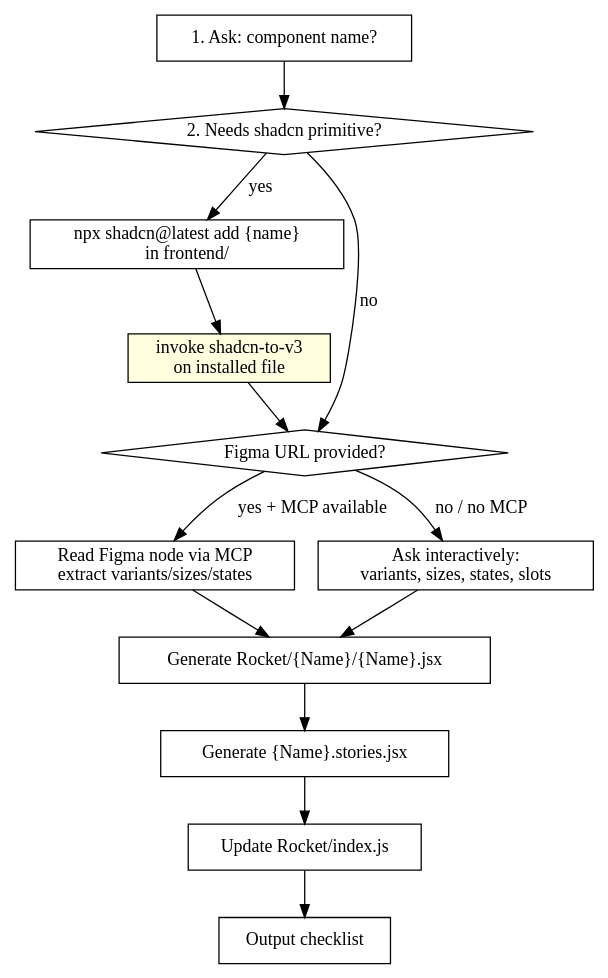
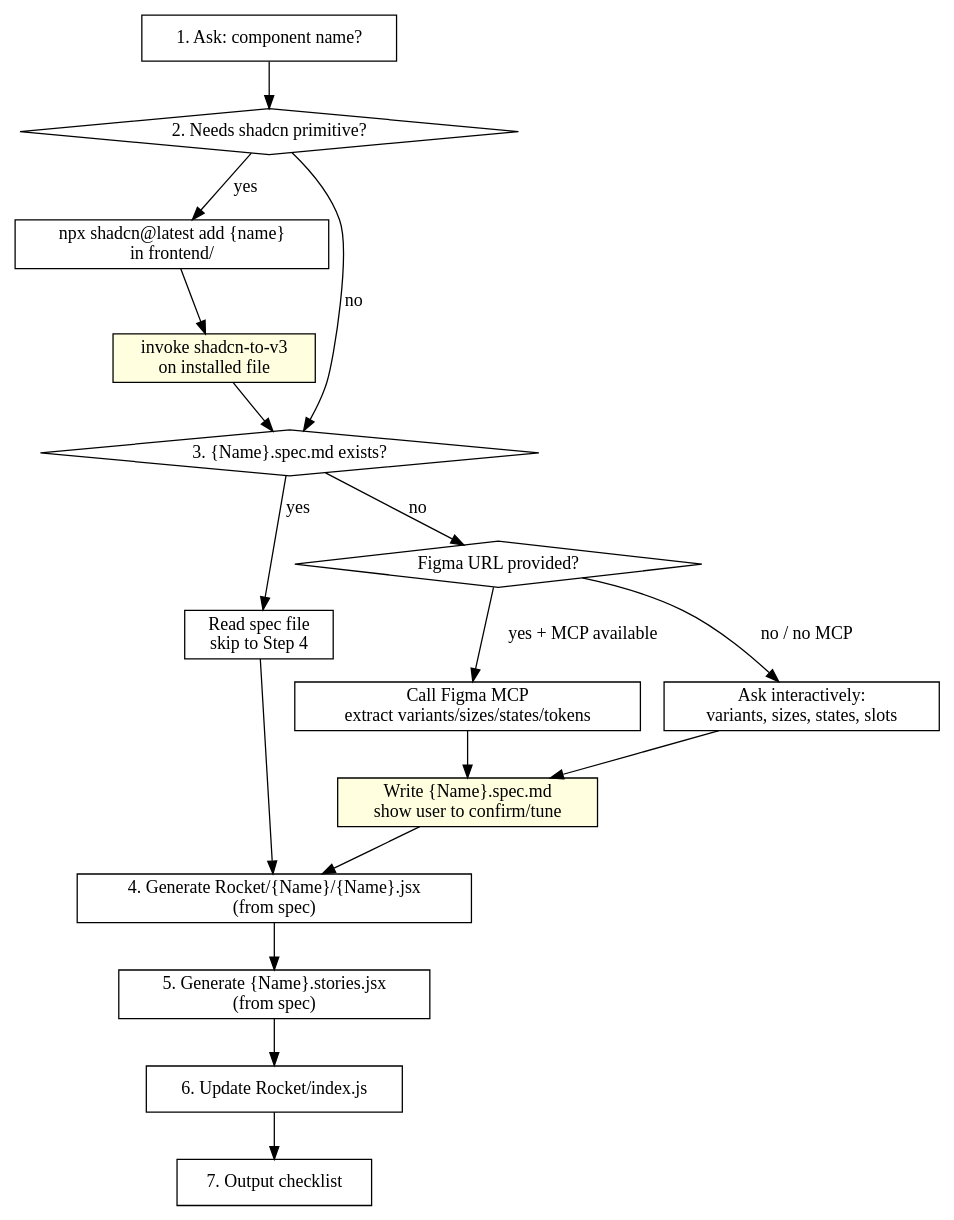
One commit to ToolJet/ToolJet changed the diagram in .claude/skills/create-rocket-component/SKILL.md. Above: the diagram before and after it, drawn with Graphviz. The commit also changed other lines of this file and 2 other files, not shown here.

Commit message:
feat(rocket-v2): enhance create-rocket-component workflow and HOC template with spec file integration

````diff
--- a/.claude/skills/create-rocket-component/SKILL.md
+++ b/.claude/skills/create-rocket-component/SKILL.md
@@ -18,29 +18,36 @@
 ```dot
 digraph workflow {
   rankdir=TB;
   node [shape=box];
 
   A [label="1. Ask: component name?"];
   B [label="2. Needs shadcn primitive?" shape=diamond];
   C [label="npx shadcn@latest add {name}\nin frontend/"];
   D [label="invoke shadcn-to-v3\non installed file" shape=box style=filled fillcolor=lightyellow];
+  S [label="3. {Name}.spec.md exists?" shape=diamond];
+  SR [label="Read spec file\nskip to Step 4"];
   E [label="Figma URL provided?" shape=diamond];
-  F [label="Read Figma node via MCP\nextract variants/sizes/states"];
+  F [label="Call Figma MCP\nextract variants/sizes/states/tokens"];
   G [label="Ask interactively:\nvariants, sizes, states, slots"];
-  H [label="Generate Rocket/{Name}/{Name}.jsx"];
-  I [label="Generate {Name}.stories.jsx"];
-  J [label="Update Rocket/index.js"];
-  K [label="Output checklist"];
+  W [label="Write {Name}.spec.md\nshow user to confirm/tune" shape=box style=filled fillcolor=lightyellow];
+  H [label="4. Generate Rocket/{Name}/{Name}.jsx\n(from spec)"];
+  I [label="5. Generate {Name}.stories.jsx\n(from spec)"];
+  J [label="6. Update Rocket/index.js"];
+  K [label="7. Output checklist"];
 
   A -> B;
   B -> C [label="yes"];
-  B -> E [label="no"];
+  B -> S [label="no"];
   C -> D;
-  D -> E;
+  D -> S;
+  S -> SR [label="yes"];
+  S -> E [label="no"];
   E -> F [label="yes + MCP available"];
   E -> G [label="no / no MCP"];
-  F -> H;
-  G -> H;
+  F -> W;
+  G -> W;
+  SR -> H;
+  W -> H;
   H -> I -> J -> K;
 }
 ```
````
